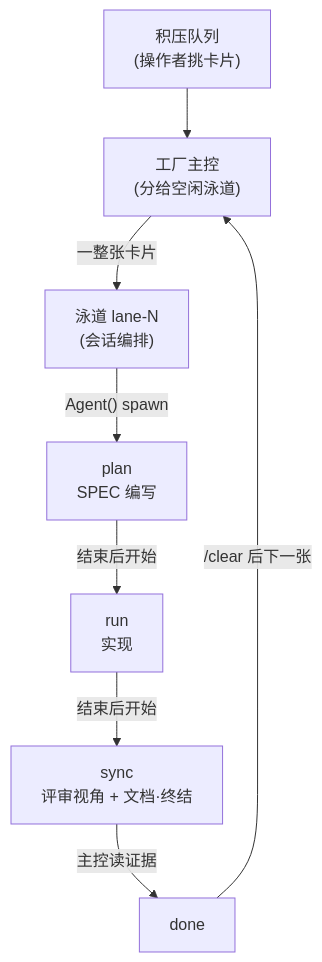
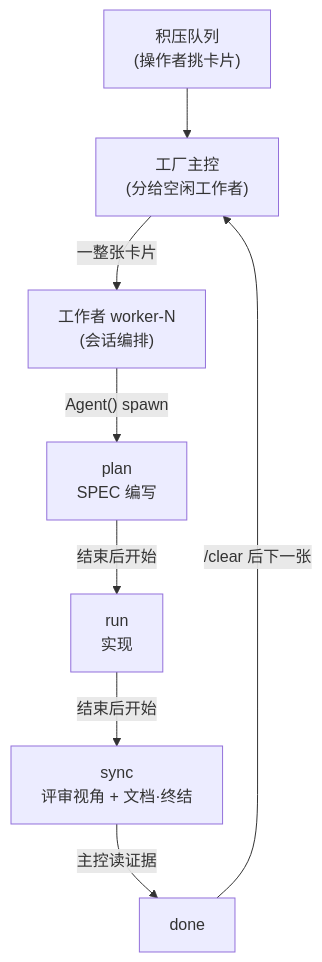
Before and after one commit to modu-ai/moai-adk: the diagram in docs-site/content/zh/advanced/factory-mode.md, drawn with Mermaid. The commit also changed other lines of this file and 23 other files, not shown here.

````diff
--- a/docs-site/content/zh/advanced/factory-mode.md
+++ b/docs-site/content/zh/advanced/factory-mode.md
@@ -63,10 +70,10 @@
 ```mermaid
 flowchart TD
-    Queue["积压队列<br/>(操作者挑卡片)"] --> Lead["工厂主控<br/>(分给空闲泳道)"]
-    Lead -->|"一整张卡片"| Lane["泳道 lane-N<br/>(会话编排)"]
-    Lane -->|"Agent() spawn"| Plan["plan<br/>SPEC 编写"]
+    Queue["积压队列<br/>(操作者挑卡片)"] --> Lead["工厂主控<br/>(分给空闲工作者)"]
+    Lead -->|"一整张卡片"| Worker["工作者 worker-N<br/>(会话编排)"]
+    Worker -->|"Agent() spawn"| Plan["plan<br/>SPEC 编写"]
     Plan -->|"结束后开始"| Run["run<br/>实现"]
     Run -->|"结束后开始"| Sync["sync<br/>评审视角 + 文档·终结"]
     Sync -->|"主控读证据"| Done["done"]
     Done -->|"/clear 后下一张"| Lead
 ```
````
